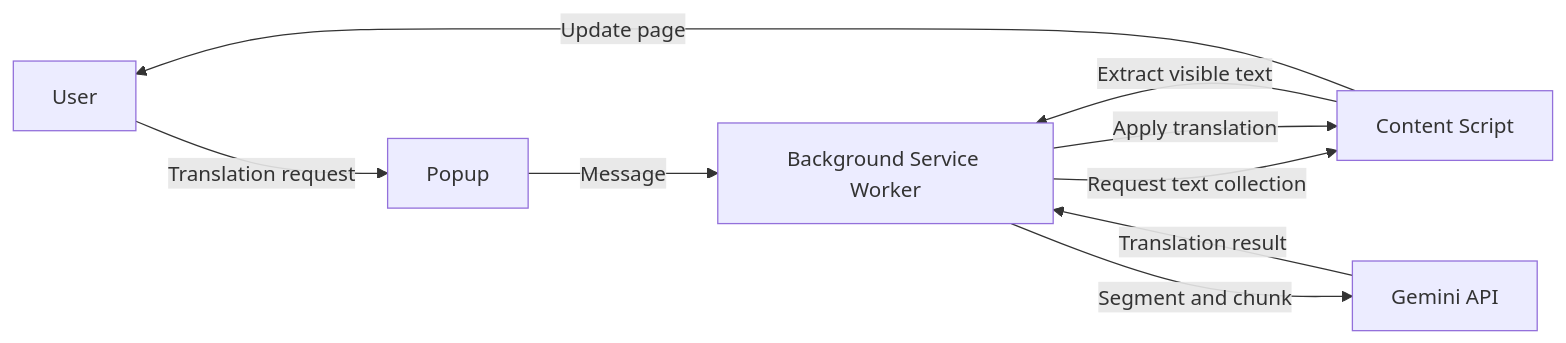
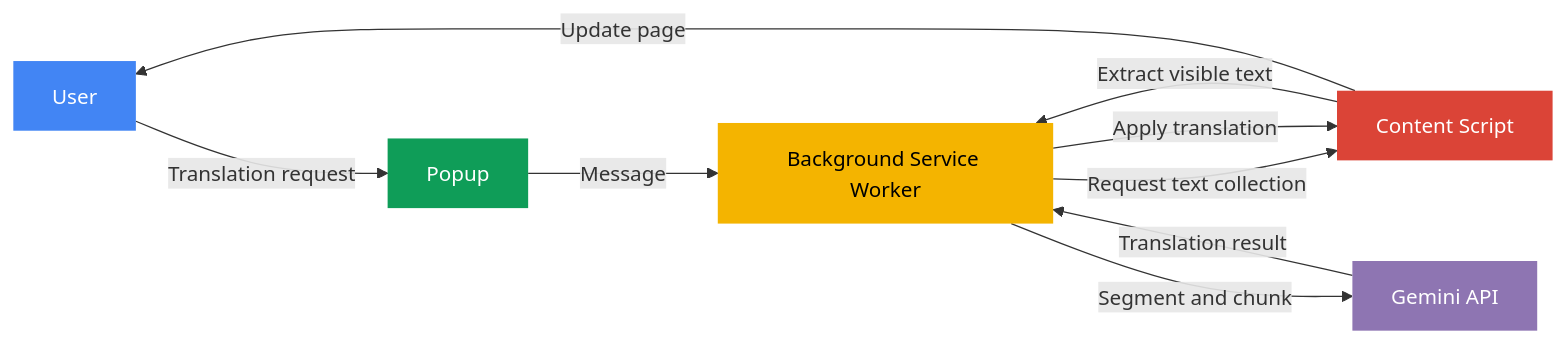
The diagram in README.md (NANMAZINO/context-translator), drawn with Mermaid before and after one commit. The commit also changed other lines of this file and 2 other files, not shown here.

````diff
--- a/README.md
+++ b/README.md
@@ -77,11 +77,17 @@
 ```mermaid
 flowchart LR
     A["User"] -->|Translation request| B["Popup"]
     B -->|Message| C["Background Service Worker"]
     C -->|Request text collection| D["Content Script"]
     D -->|Extract visible text| C
     C -->|Segment and chunk| E["Gemini API"]
     E -->|Translation result| C
     C -->|Apply translation| D
     D -->|Update page| A
+
+    style A fill:#4285F4,color:#fff,stroke:none
+    style B fill:#0F9D58,color:#fff,stroke:none
+    style C fill:#F4B400,color:#000,stroke:none
+    style D fill:#DB4437,color:#fff,stroke:none
+    style E fill:#8E75B2,color:#fff,stroke:none
 ```
````
